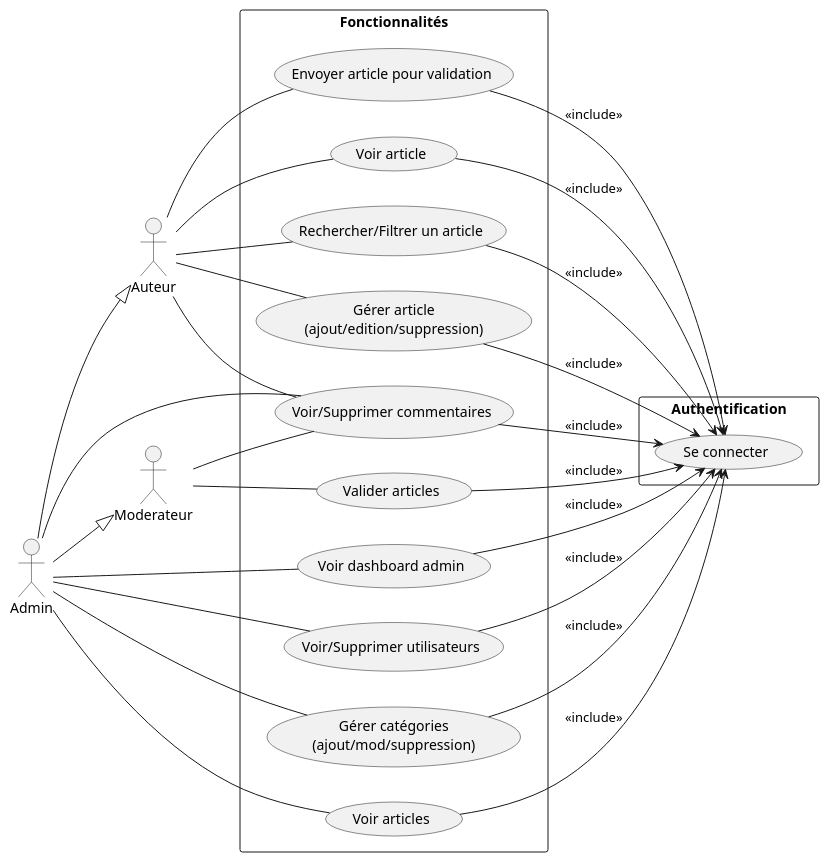
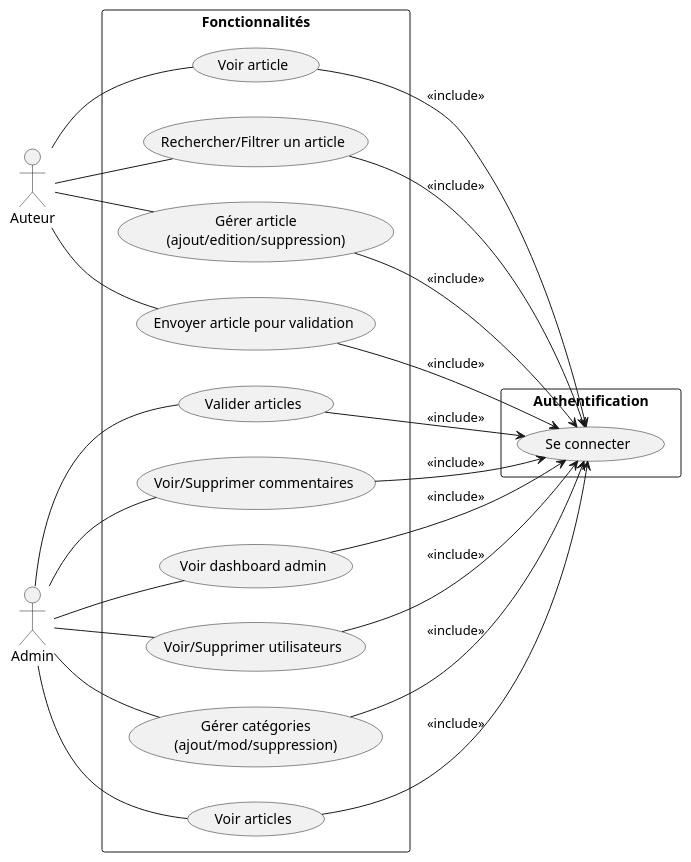
The diagram in Analyse/dagram_useCase_admin.puml (salma-dev123/blog-Chefchaouen-Bleu-Durable), drawn with PlantUML before and after one commit.

Commit message:
update use case

```diff
--- a/Analyse/dagram_useCase_admin.puml
+++ b/Analyse/dagram_useCase_admin.puml
@@ -1,72 +1,63 @@
 @startuml
 left to right direction
 
 '============== Acteurs ==============
 actor Auteur as E
-actor Moderateur as M
 actor Admin as A
-
-' Héritages
-A --|> E
-A --|> M
 
 '============== Cas d'utilisation (centre) ==============
 rectangle "Fonctionnalités" {
 
-  ' --- Éditeur ---
+  ' --- Auteur ---
   usecase "Voir article" as E1
   usecase "Rechercher/Filtrer un article" as E2
   usecase "Gérer article\n(ajout/edition/suppression)" as E3
   usecase "Envoyer article pour validation" as E4
 
-  ' --- Modérateur ---
+  ' --- Anciennes fonctionnalités du Modérateur (passées à Admin) ---
   usecase "Valider articles" as M1
   usecase "Voir/Supprimer commentaires" as M2
 
   ' --- Admin ---
   usecase "Voir dashboard admin" as A1
   usecase "Voir/Supprimer utilisateurs" as A2
   usecase "Gérer catégories\n(ajout/mod/suppression)" as A3
   usecase "Voir articles" as A4
 }
 
 '============== Authentification ==============
 rectangle "Authentification" {
   usecase "Se connecter" as LOGIN
 }
 
 '============== Associations ==============
 
-' Éditeur
+' Auteur
 E -- E1
 E -- E2
 E -- E3
 E -- E4
-E -- M2
 
-' Modérateur
-M -- M1
-M -- M2
-
-' Admin
+' Admin (avec les fonctionnalités du Modérateur)
 A -- A1
 A -- A2
 A -- A3
 A -- A4
+A -- M1
 A -- M2
 
 '============== Relations include ==============
 E1 --> LOGIN : <<include>>
 E2 --> LOGIN : <<include>>
 E3 --> LOGIN : <<include>>
 E4 --> LOGIN : <<include>>
 
 M1 --> LOGIN : <<include>>
 M2 --> LOGIN : <<include>>
 
 A1 --> LOGIN : <<include>>
 A2 --> LOGIN : <<include>>
 A3 --> LOGIN : <<include>>
 A4 --> LOGIN : <<include>>
 
 @enduml
```
